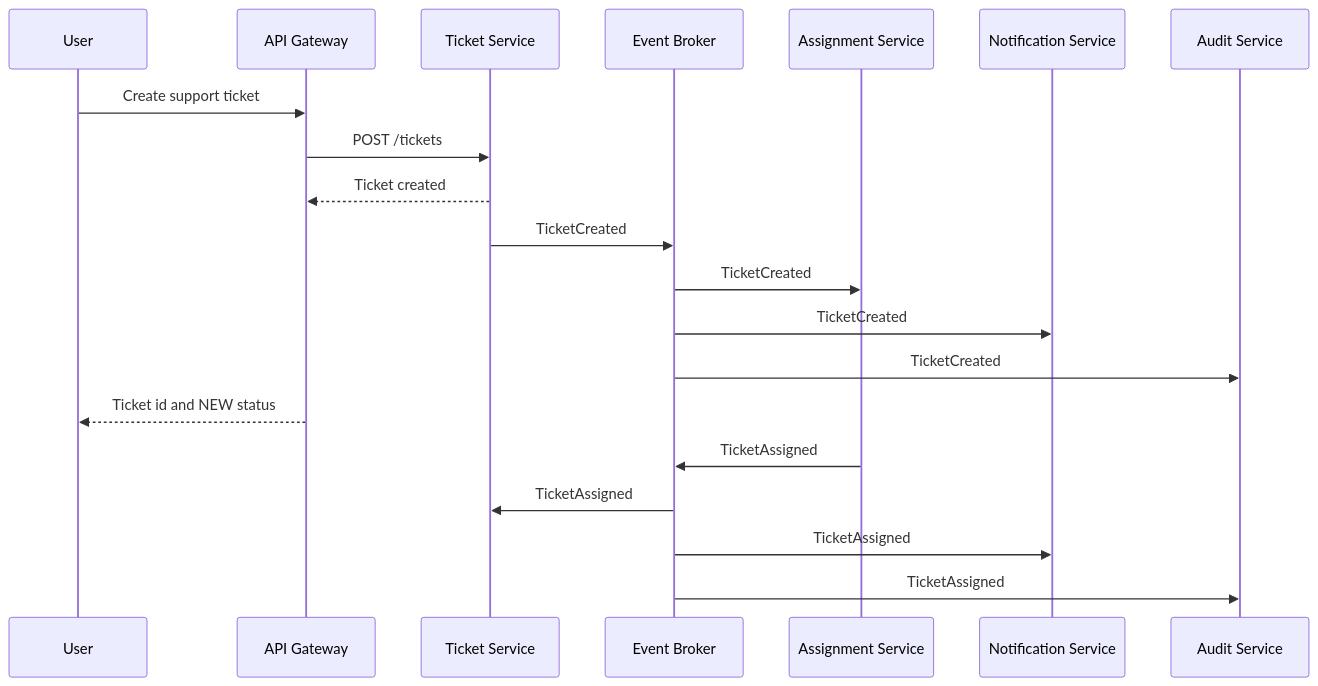
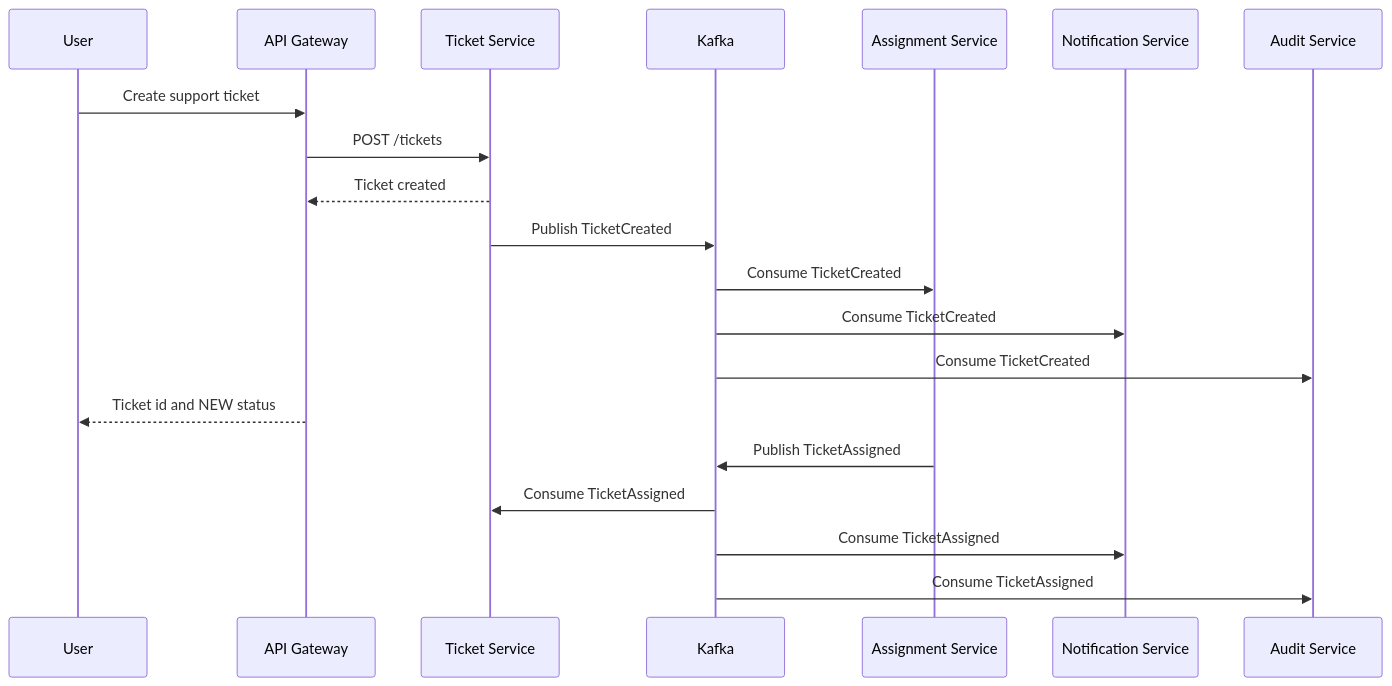
Before and after one commit to kisshere69/microservices: the third of 4 diagrams in FINAL_PROJECT_DESIGN.md, drawn with Mermaid. The commit also changed other lines of this file and 16 other files, not shown here.

````diff
--- a/FINAL_PROJECT_DESIGN.md
+++ b/FINAL_PROJECT_DESIGN.md
@@ -106,24 +131,24 @@
 ```mermaid
 sequenceDiagram
     participant User
     participant Gateway as API Gateway
     participant Ticket as Ticket Service
-    participant Events as Event Broker
+    participant Kafka
     participant Assign as Assignment Service
     participant Notify as Notification Service
     participant Audit as Audit Service
 
     User->>Gateway: Create support ticket
     Gateway->>Ticket: POST /tickets
     Ticket-->>Gateway: Ticket created
-    Ticket->>Events: TicketCreated
-    Events->>Assign: TicketCreated
-    Events->>Notify: TicketCreated
-    Events->>Audit: TicketCreated
+    Ticket->>Kafka: Publish TicketCreated
+    Kafka->>Assign: Consume TicketCreated
+    Kafka->>Notify: Consume TicketCreated
+    Kafka->>Audit: Consume TicketCreated
     Gateway-->>User: Ticket id and NEW status
 
-    Assign->>Events: TicketAssigned
-    Events->>Ticket: TicketAssigned
-    Events->>Notify: TicketAssigned
-    Events->>Audit: TicketAssigned
+    Assign->>Kafka: Publish TicketAssigned
+    Kafka->>Ticket: Consume TicketAssigned
+    Kafka->>Notify: Consume TicketAssigned
+    Kafka->>Audit: Consume TicketAssigned
 ```
````
